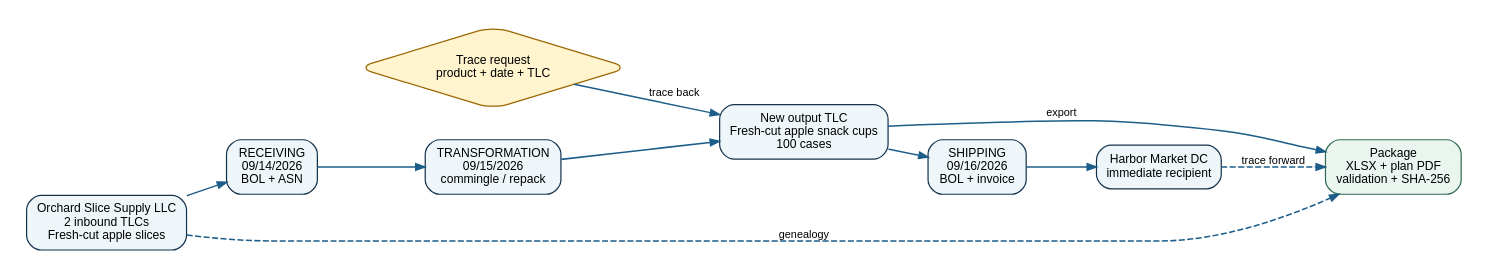
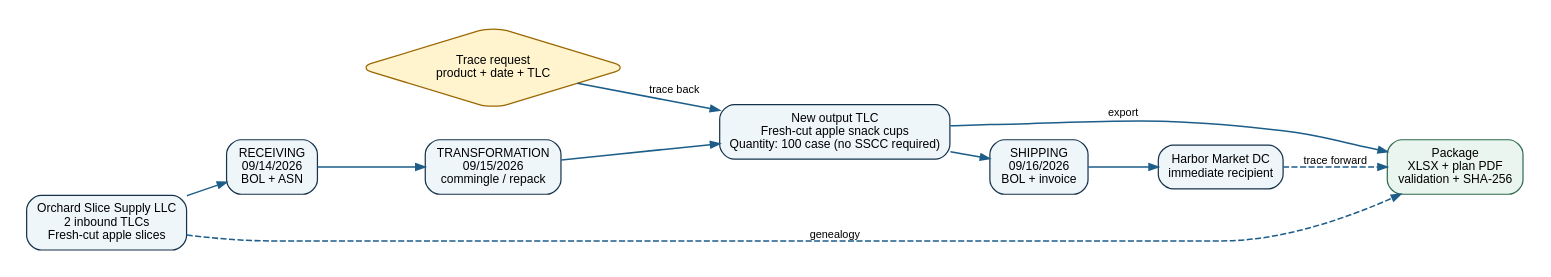
One commit to thevladbog/markiro changed the diagram in docs/us/diagrams/demo_chain.dot. Above: the diagram before and after it, drawn with Graphviz. The commit also changed 148 other files, not shown here.

Commit message:
feat(us): checkpoint isolated MVP foundation and access flow

```diff
--- a/docs/us/diagrams/demo_chain.dot
+++ b/docs/us/diagrams/demo_chain.dot
@@ -1,21 +1,21 @@
 
 digraph G {
   graph [rankdir=LR, bgcolor="white", pad=0.2, nodesep=0.35, ranksep=0.45, fontname="Arial"];
   node [shape=box, style="rounded,filled", fontname="Arial", fontsize=10, color="#15324B", fillcolor="#EEF6FA", margin="0.13,0.08"];
   edge [color="#1D5D89", penwidth=1.25, arrowsize=0.75, fontname="Arial", fontsize=9];
 
   S [label="Orchard Slice Supply LLC\n2 inbound TLCs\nFresh-cut apple slices"];
   R [label="RECEIVING\n09/14/2026\nBOL + ASN"];
   T [label="TRANSFORMATION\n09/15/2026\ncommingle / repack"];
-  O [label="New output TLC\nFresh-cut apple snack cups\n100 cases"];
+  O [label="New output TLC\nFresh-cut apple snack cups\nQuantity: 100 case (no SSCC required)"];
   H [label="SHIPPING\n09/16/2026\nBOL + invoice"];
   B [label="Harbor Market DC\nimmediate recipient"];
   Q [shape=diamond, fillcolor="#FFF4CE", color="#9A6700", label="Trace request\nproduct + date + TLC"];
   X [label="Package\nXLSX + plan PDF\nvalidation + SHA-256", fillcolor="#EAF5EF", color="#2F6B4F"];
 
   S -> R -> T -> O -> H -> B;
   Q -> O [label="trace back"];
   O -> X [label="export"];
   S -> X [style=dashed, label="genealogy"];
   B -> X [style=dashed, label="trace forward"];
 }
```
